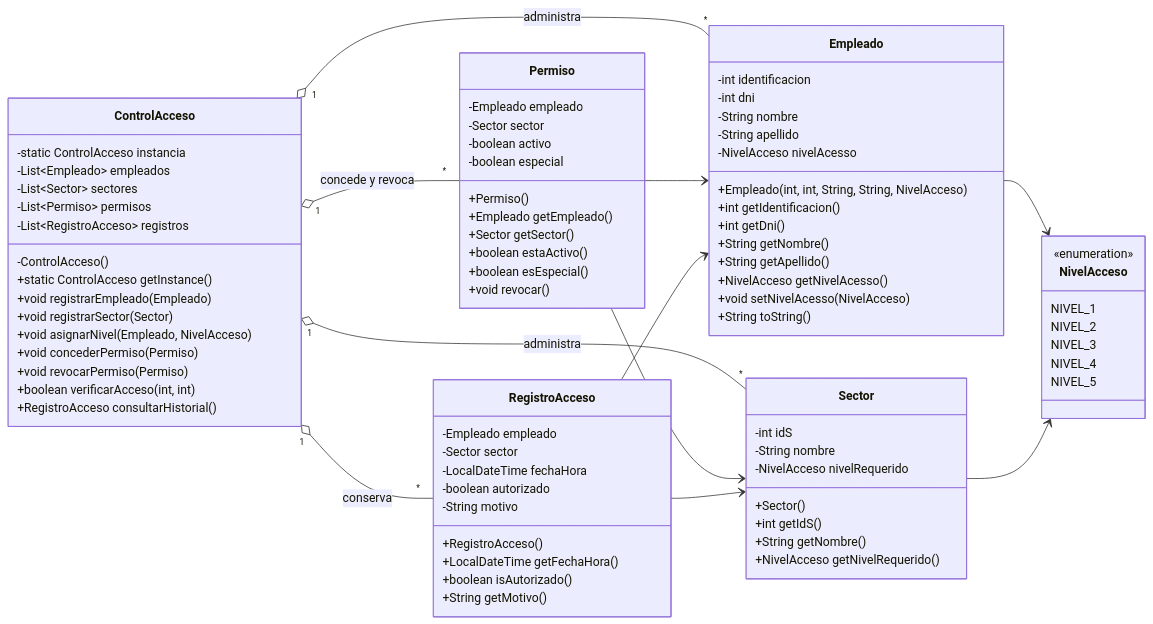
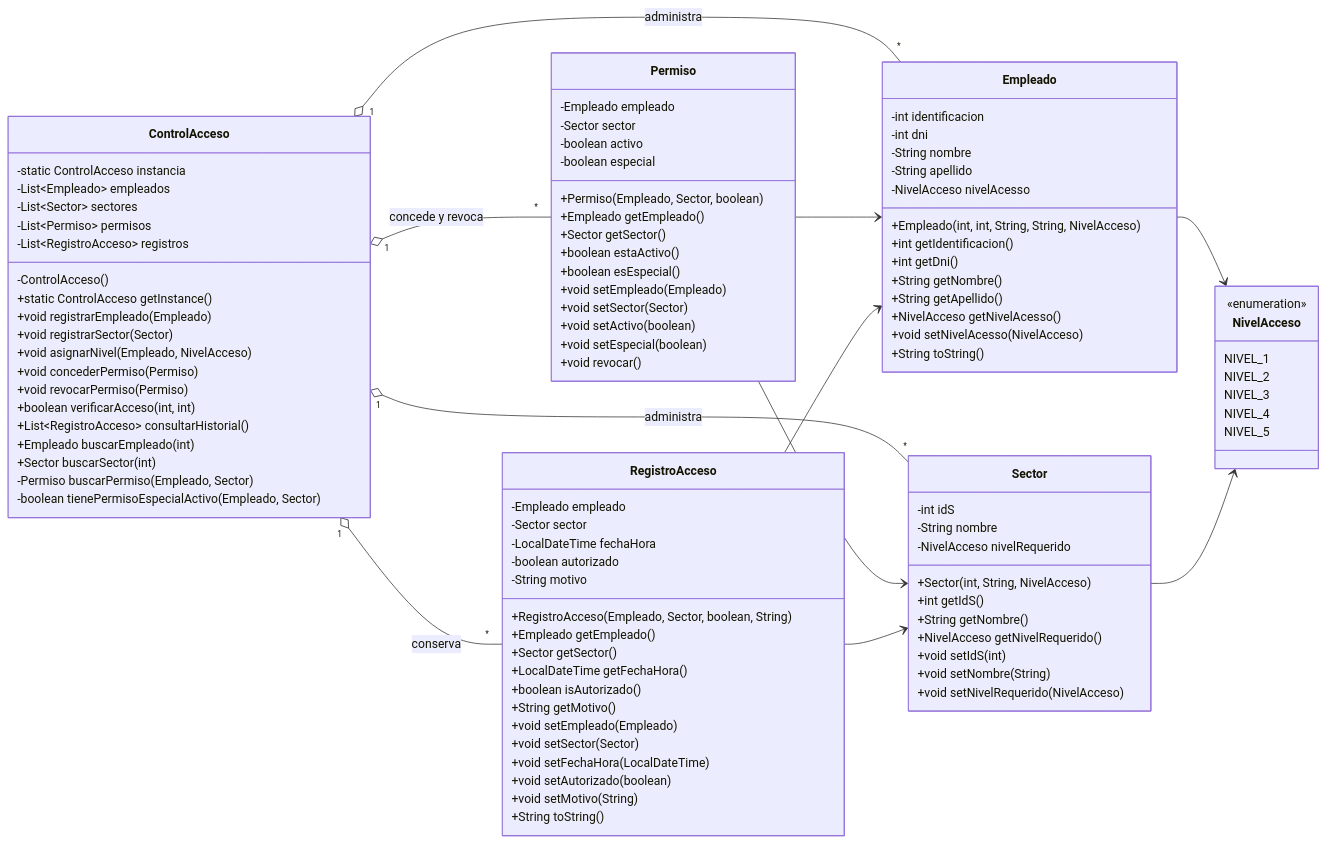
Before and after one commit to PatronSingleton-DisenoSoftware/Patron-Singleton-Software-EGI: the first of 2 diagrams in docs/informe/04-diseno.md, drawn with Mermaid. The commit also changed other lines of this file and 11 other files, not shown here.

Commit message:
Implementa consulta de historial con copia defensiva, formateo de registros y actualiza documentacion y diagramas

```diff
--- a/docs/informe/04-diseno.md
+++ b/docs/informe/04-diseno.md
@@ -260,7 +245,11 @@
         +void concederPermiso(Permiso)
         +void revocarPermiso(Permiso)
         +boolean verificarAcceso(int, int)
-        +RegistroAcceso consultarHistorial()
+        +List~RegistroAcceso~ consultarHistorial()
+        +Empleado buscarEmpleado(int)
+        +Sector buscarSector(int)
+        -Permiso buscarPermiso(Empleado, Sector)
+        -boolean tienePermisoEspecialActivo(Empleado, Sector)
     }
 
     class Empleado {
@@ -283,10 +272,13 @@
         -int idS
         -String nombre
         -NivelAcceso nivelRequerido
-        +Sector()
+        +Sector(int, String, NivelAcceso)
         +int getIdS()
         +String getNombre()
         +NivelAcceso getNivelRequerido()
+        +void setIdS(int)
+        +void setNombre(String)
+        +void setNivelRequerido(NivelAcceso)
     }
 
     class Permiso {
@@ -294,11 +286,15 @@
         -Sector sector
         -boolean activo
         -boolean especial
-        +Permiso()
+        +Permiso(Empleado, Sector, boolean)
         +Empleado getEmpleado()
         +Sector getSector()
         +boolean estaActivo()
         +boolean esEspecial()
+        +void setEmpleado(Empleado)
+        +void setSector(Sector)
+        +void setActivo(boolean)
+        +void setEspecial(boolean)
         +void revocar()
     }
 
@@ -308,10 +304,18 @@
         -LocalDateTime fechaHora
         -boolean autorizado
         -String motivo
-        +RegistroAcceso()
+        +RegistroAcceso(Empleado, Sector, boolean, String)
+        +Empleado getEmpleado()
+        +Sector getSector()
         +LocalDateTime getFechaHora()
         +boolean isAutorizado()
         +String getMotivo()
+        +void setEmpleado(Empleado)
+        +void setSector(Sector)
+        +void setFechaHora(LocalDateTime)
+        +void setAutorizado(boolean)
+        +void setMotivo(String)
+        +String toString()
     }
 
     class NivelAcceso {
```
